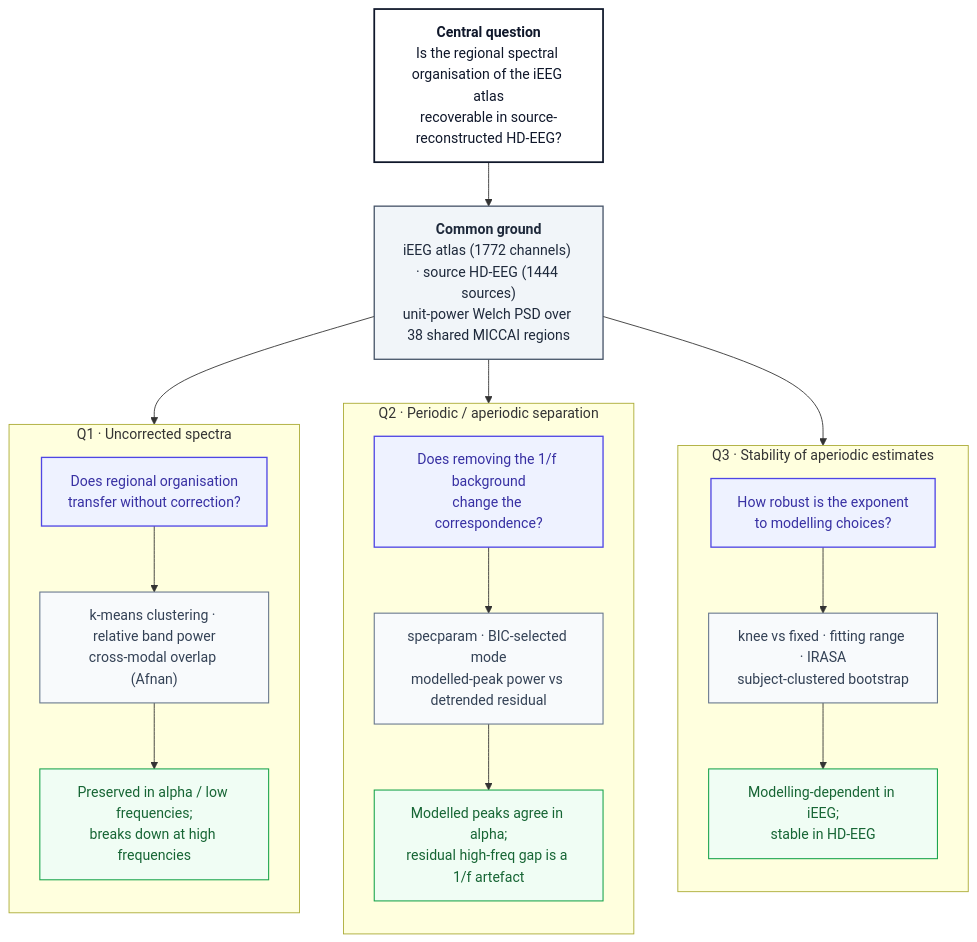
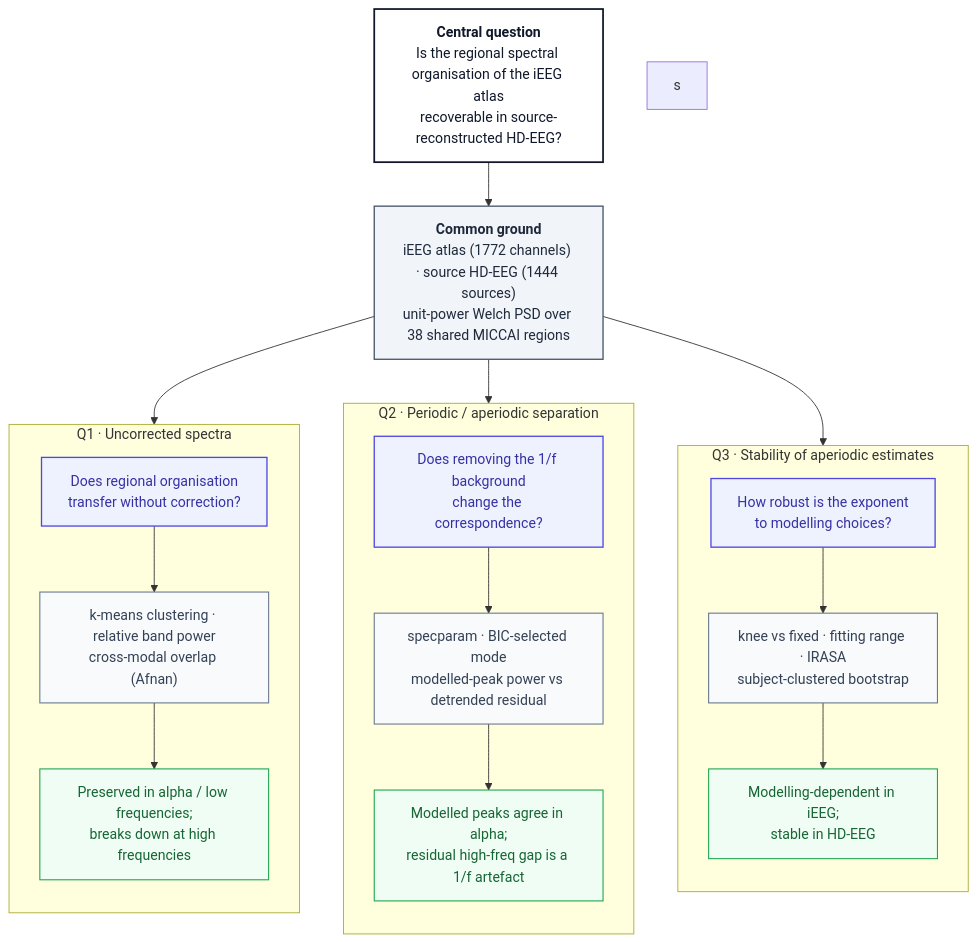
Before and after one commit to danieltomasz/code-spectral-comparison: the diagram in diagrams/pipeline.mmd, drawn with Mermaid.

```diff
--- a/diagrams/pipeline.mmd
+++ b/diagrams/pipeline.mmd
@@ -1,39 +1,41 @@
 flowchart TD
     classDef frame fill:#ffffff,stroke:#0f172a,stroke-width:2px,color:#0f172a;
     classDef data fill:#f1f5f9,stroke:#475569,stroke-width:1.5px,color:#1e293b;
     classDef method fill:#f8fafc,stroke:#64748b,stroke-width:1.2px,color:#334155;
     classDef take fill:#f0fdf4,stroke:#16a34a,stroke-width:1.2px,color:#166534;
     classDef qhead fill:#eef2ff,stroke:#4f46e5,stroke-width:1.5px,color:#3730a3;
 
     P["<b>Central question</b><br>Is the regional spectral organisation of the iEEG atlas<br>recoverable in source-reconstructed HD-EEG?"]:::frame
 
     D["<b>Common ground</b><br>iEEG atlas (1772 channels) · source HD-EEG (1444 sources)<br>unit-power Welch PSD over 38 shared MICCAI regions"]:::data
 
     P --> D
     D --> Q1
     D --> Q2
     D --> Q3
 
     subgraph Q1 ["Q1 · Uncorrected spectra"]
         direction TB
         Q1h["Does regional organisation<br>transfer without correction?"]:::qhead
         Q1m["k-means clustering · relative band power<br>cross-modal overlap (Afnan)"]:::method
         Q1t["Preserved in alpha / low frequencies;<br>breaks down at high frequencies"]:::take
         Q1h --> Q1m --> Q1t
     end
 
+    s
+
     subgraph Q2 ["Q2 · Periodic / aperiodic separation"]
         direction TB
         Q2h["Does removing the 1/f background<br>change the correspondence?"]:::qhead
         Q2m["specparam · BIC-selected mode<br>modelled-peak power vs detrended residual"]:::method
         Q2t["Modelled peaks agree in alpha;<br>residual high-freq gap is a 1/f artefact"]:::take
         Q2h --> Q2m --> Q2t
     end
 
     subgraph Q3 ["Q3 · Stability of aperiodic estimates"]
         direction TB
         Q3h["How robust is the exponent<br>to modelling choices?"]:::qhead
         Q3m["knee vs fixed · fitting range · IRASA<br>subject-clustered bootstrap"]:::method
         Q3t["Modelling-dependent in iEEG;<br>stable in HD-EEG"]:::take
         Q3h --> Q3m --> Q3t
     end
```
